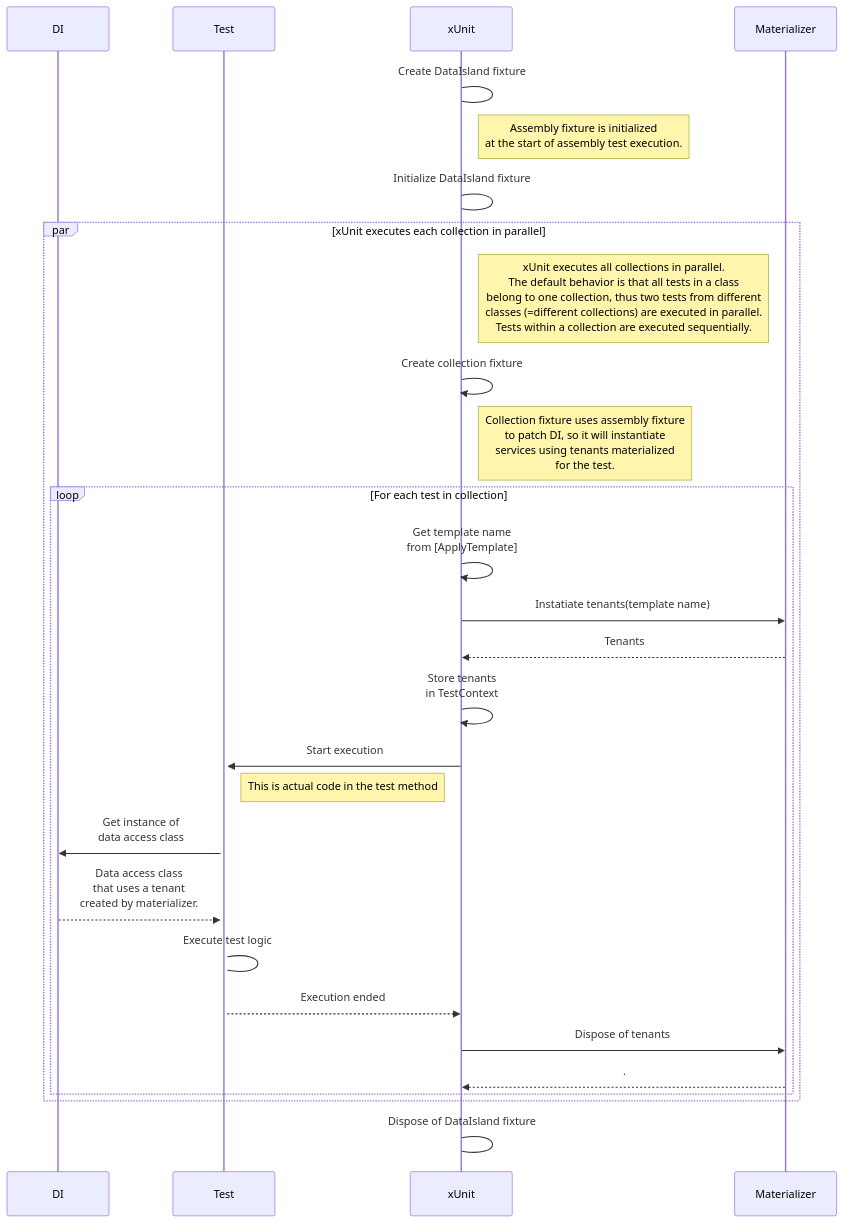
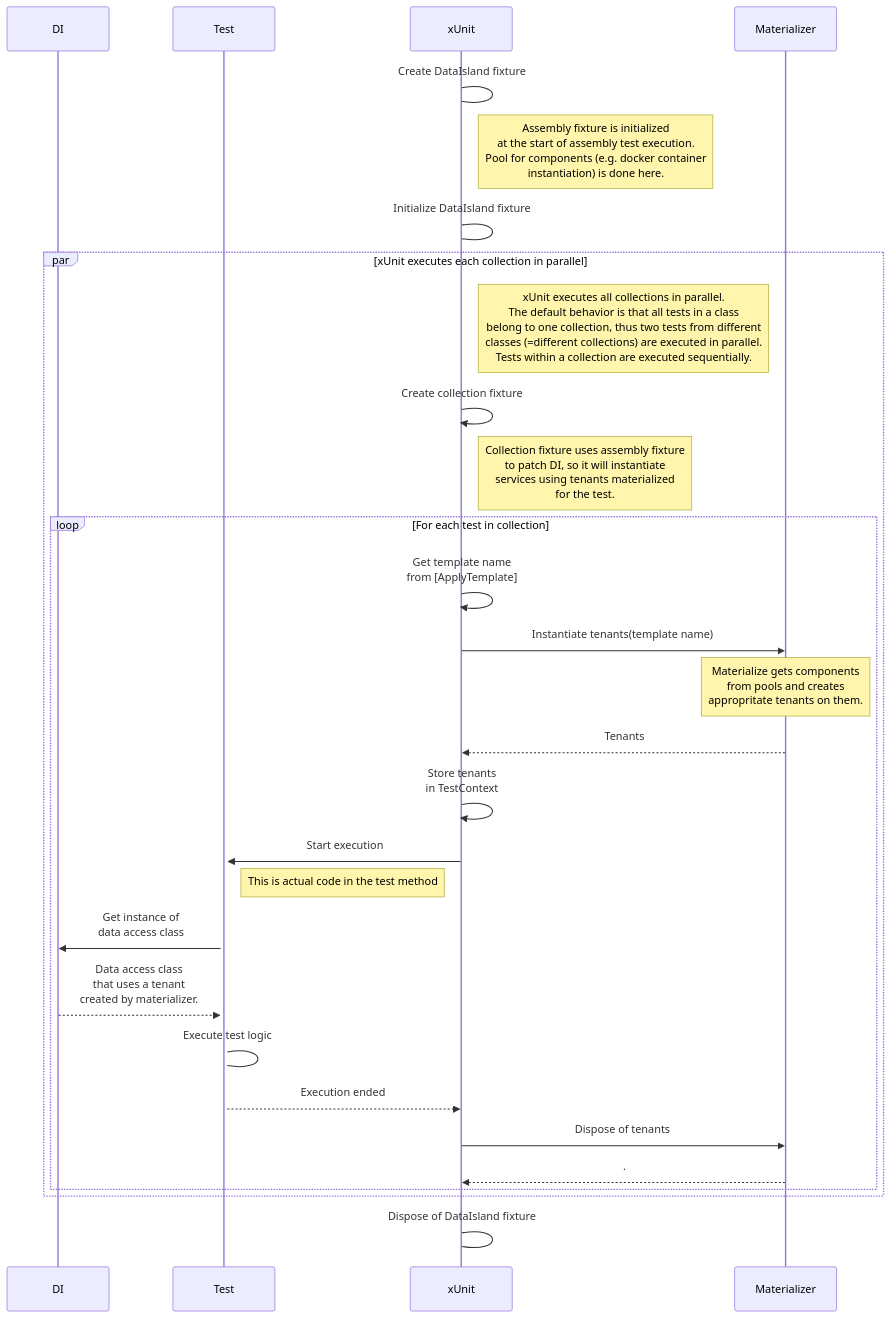
Before and after one commit to jahav/dataisland: the diagram in docs/xunit-execution.mmd, drawn with Mermaid.

Commit message:
Add note what materializer does

```diff
--- a/docs/xunit-execution.mmd
+++ b/docs/xunit-execution.mmd
@@ -1,31 +1,32 @@
 sequenceDiagram
     participant DI
     participant Test
     participant xUnit
     participant Materializer
 
     xUnit->xUnit:Create DataIsland  fixture
-    note right of xUnit: Assembly fixture is initialized<br/> at the start of assembly test execution.
+    note right of xUnit: Assembly fixture is initialized<br/> at the start of assembly test execution.<br/> Pool for components (e.g. docker container<br/> instantiation) is done here.
     xUnit->xUnit:Initialize DataIsland fixture
 
     par xUnit executes each collection in parallel
         note right of xUnit: xUnit executes all collections in parallel.<br/> The default behavior is that all tests in a class<br/> belong to one collection, thus two tests from different<br/> classes (=different collections) are executed in parallel.<br/> Tests within a collection are executed sequentially.
         xUnit->>xUnit:Create collection fixture
         note right of xUnit: Collection fixture uses assembly fixture<br/> to patch DI, so it will instantiate<br/> services using tenants materialized<br/> for the test.
         loop For each test in collection
             xUnit->>xUnit:Get template name<br/> from [ApplyTemplate]
-            xUnit->>Materializer:Instatiate tenants(template name)
+            xUnit->>Materializer:Instantiate tenants(template name)
+            note over Materializer: Materialize gets components<br> from pools and creates<br> appropritate tenants on them.
             Materializer-->>xUnit:Tenants
             xUnit->>xUnit:Store tenants<br/>in TestContext
             xUnit->>+Test:Start execution
             note right of Test: This is actual code in the test method
             Test->>DI:Get instance of<br/> data access class
             DI-->>Test:Data access class<br/> that uses a tenant<br/> created by materializer.
             Test->Test:Execute test logic
             Test-->>xUnit:Execution ended
             xUnit->>Materializer:Dispose of tenants
             Materializer-->>xUnit:.
-        end        
+        end
     end
 
     xUnit->xUnit:Dispose of DataIsland fixture
```
